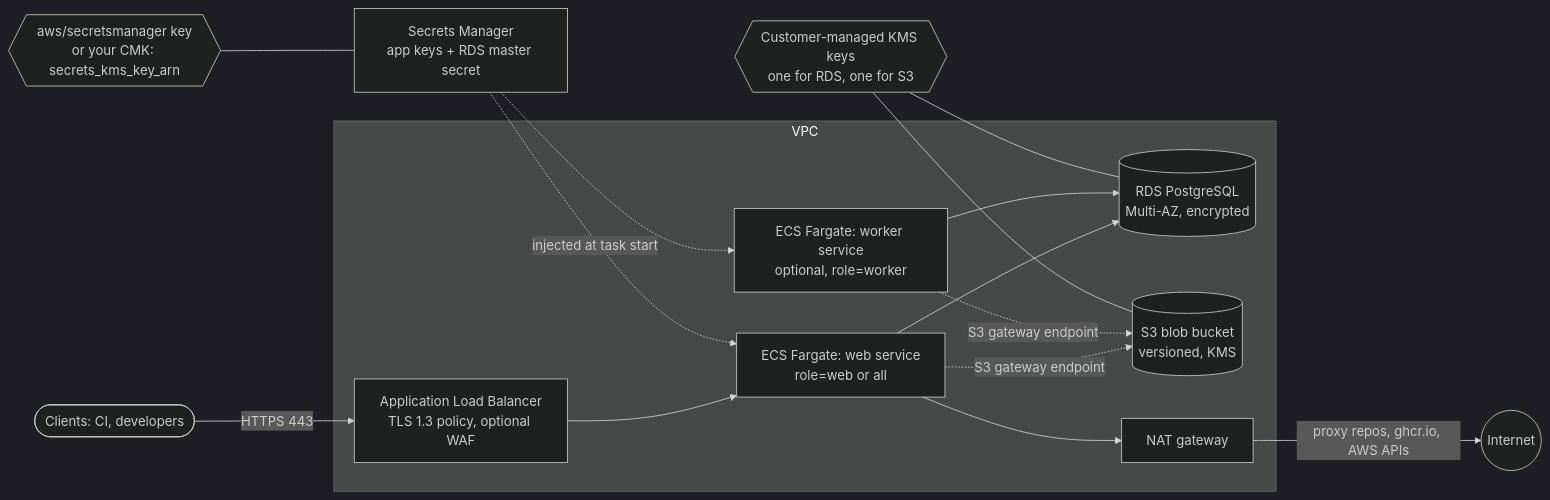
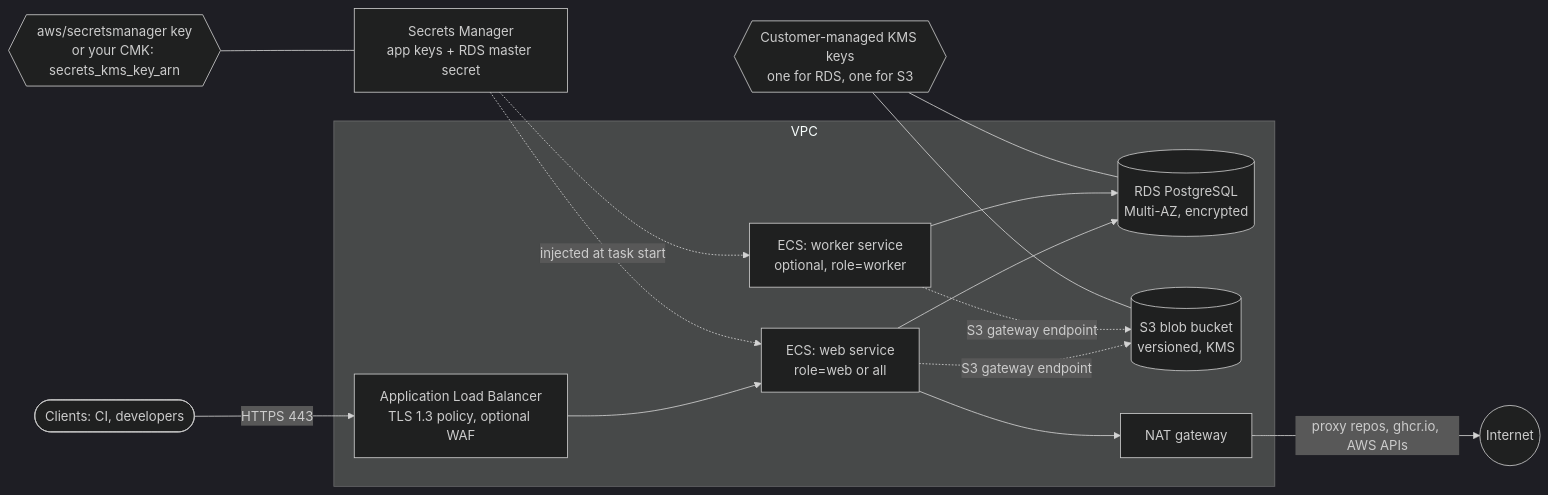
One commit to openartifact/terraform-aws-openartifact changed the diagram in README.md. Above: the diagram before and after it, drawn with Mermaid (dark theme). The commit also changed other lines of this file and 37 other files, not shown here.

First line of the commit message:
feat: optional EFS volume and ECS on EC2 capacity (#2)

````diff
--- a/README.md
+++ b/README.md
@@ -20,19 +20,19 @@
 ```mermaid
 flowchart LR
   client([Clients: CI, developers]) -->|HTTPS 443| alb[Application Load Balancer<br/>TLS 1.3 policy, optional WAF]
   subgraph vpc[VPC]
-    alb --> web[ECS Fargate: web service<br/>role=web or all]
-    worker[ECS Fargate: worker service<br/>optional, role=worker]
+    alb --> web[ECS: web service<br/>role=web or all]
+    worker[ECS: worker service<br/>optional, role=worker]
     web --> rds[(RDS PostgreSQL<br/>Multi-AZ, encrypted)]
     worker --> rds
     web -. S3 gateway endpoint .-> s3[(S3 blob bucket<br/>versioned, KMS)]
     worker -. S3 gateway endpoint .-> s3
     web --> nat[NAT gateway]
   end
   nat -->|proxy repos, ghcr.io, AWS APIs| internet((Internet))
   sm[Secrets Manager<br/>app keys + RDS master secret] -. injected at task start .-> web
   sm -.-> worker
   kms{{Customer-managed KMS keys<br/>one for RDS, one for S3}} --- rds
   kms --- s3
   smkey{{aws/secretsmanager key<br/>or your CMK: secrets_kms_key_arn}} --- sm
 ```
````
